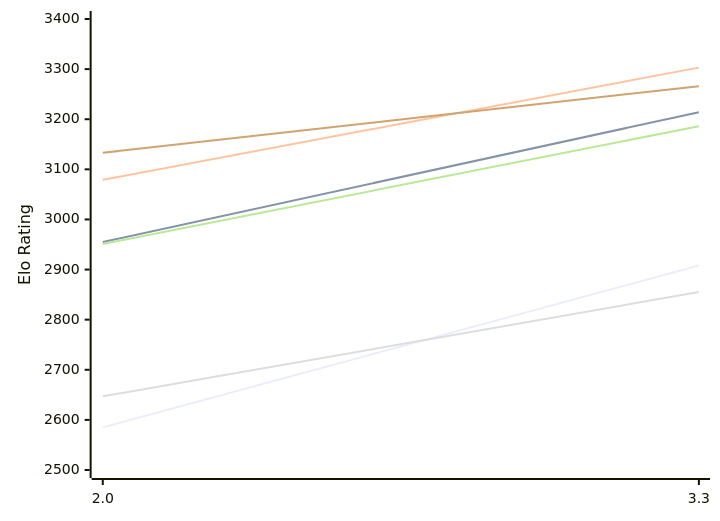
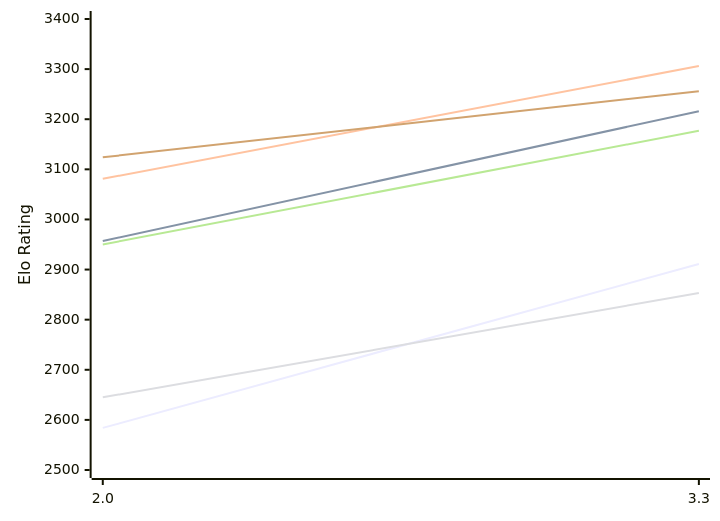
One commit to computer-chess-index/cci changed the first of 2 diagrams in engines/Ceylondemon.md. Above: the diagram before and after it, drawn with Mermaid. The commit also changed other lines of this file, not shown here.

Commit message:
Update CCI Ratings (ELO VLTC) - 2026-11-15

````diff
--- a/engines/Ceylondemon.md
+++ b/engines/Ceylondemon.md
@@ -50,12 +50,12 @@
 ```mermaid
 %%{init: {"theme":"base","themeVariables":{"seriesColors:['#a3a3a3','#222221','#faa371']}}}%%
 xychart-beta
   x-axis ["2.0", "3.3"]
   y-axis "Elo Rating" 2500 --> 3400
-  line "E1: STC (8.0+0.08s)" [2585, 2908]
-  line "E1: LTC (60.0+0.60s)" [2955, 3214]
-  line "E1: VLTC (2m24s+1.12s)" [3079, 3303]
-  line "P1: STC (8.0+0.08s)" [2647, 2855]
-  line "P1: LTC (60.0+0.60s)" [2951, 3186]
-  line "P1: VLTC (2m24s+1.12s)" [3133, 3266]
+  line "E1: STC (8.0+0.08s)" [2584, 2911]
+  line "E1: LTC (60.0+0.60s)" [2957, 3216]
+  line "E1: VLTC (2m24s+1.12s)" [3081, 3306]
+  line "P1: STC (8.0+0.08s)" [2645, 2853]
+  line "P1: LTC (60.0+0.60s)" [2950, 3177]
+  line "P1: VLTC (2m24s+1.12s)" [3124, 3256]
 ```
````
